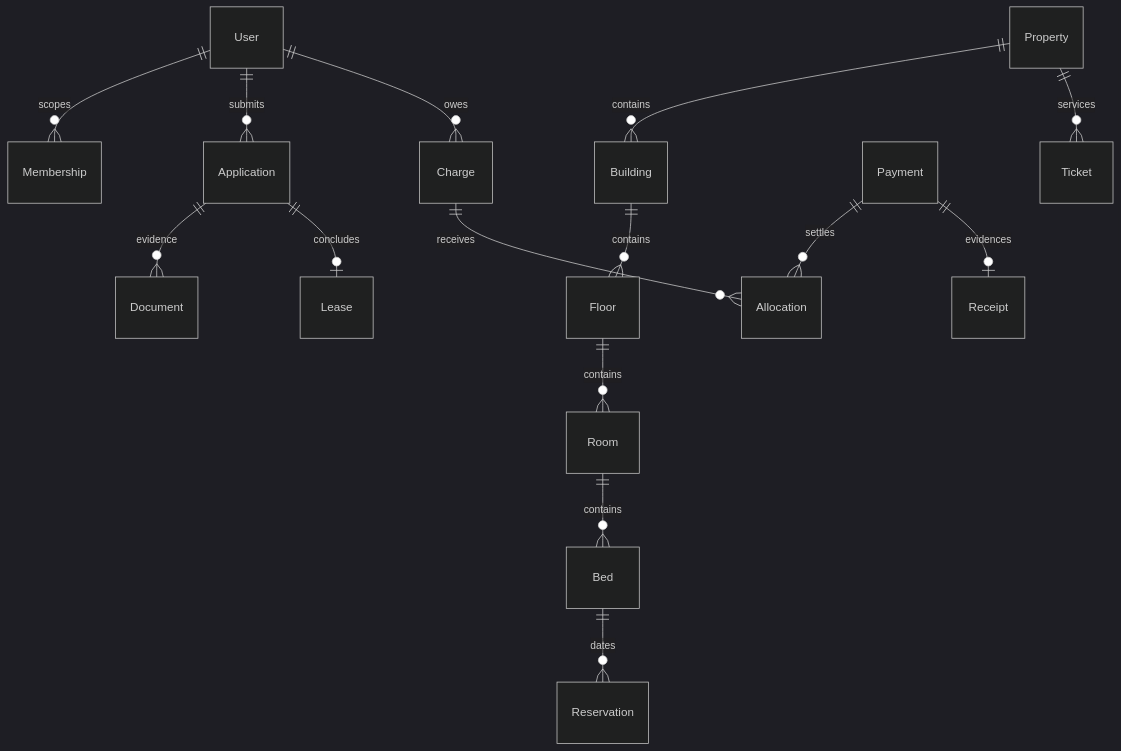
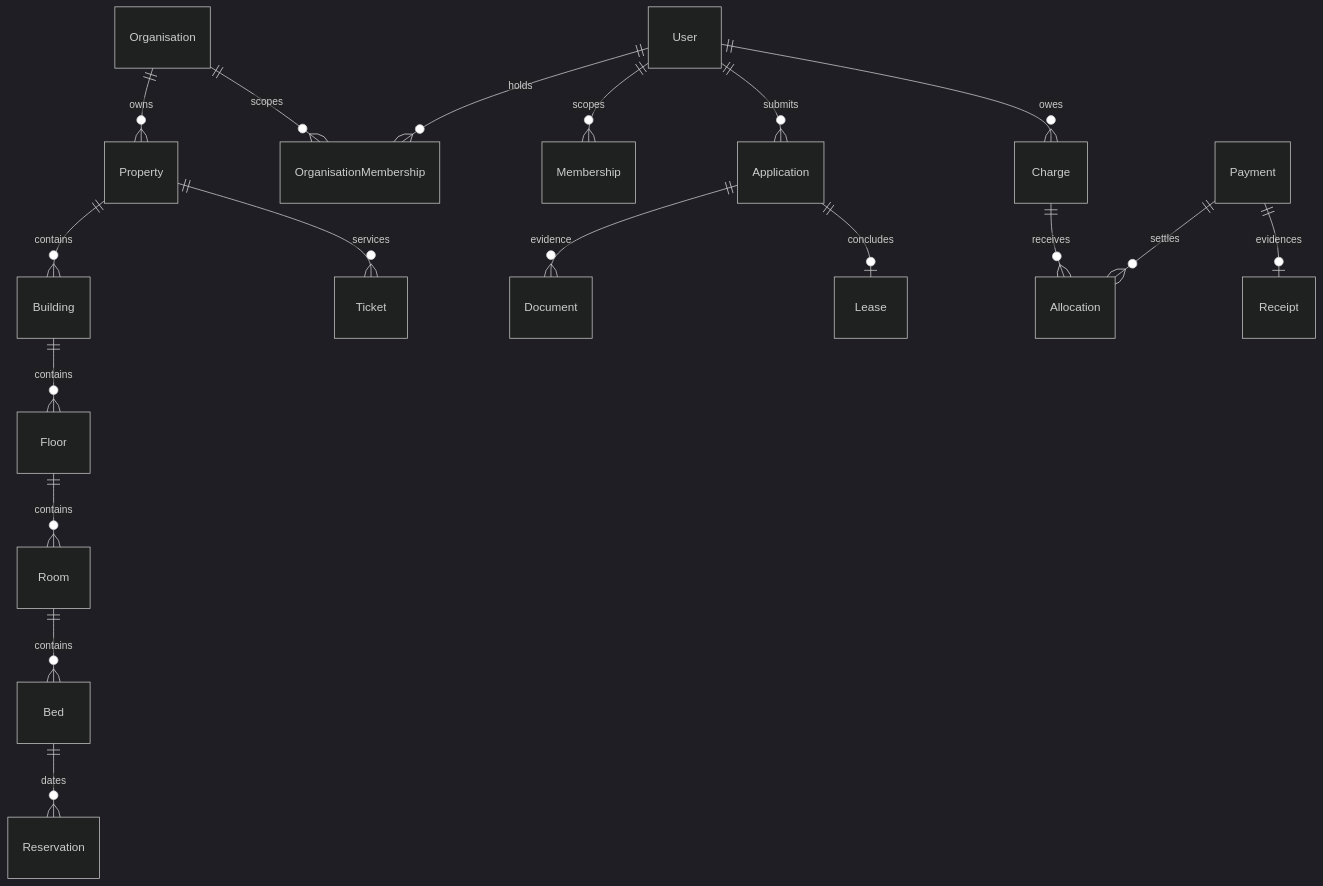
One commit to seanshairah/legacy-housing changed the diagram in docs/architecture/DATA_MODEL.md. Above: the diagram before and after it, drawn with Mermaid (dark theme). The commit also changed other lines of this file and 21 other files, not shown here.

````diff
--- a/docs/architecture/DATA_MODEL.md
+++ b/docs/architecture/DATA_MODEL.md
@@ -3,17 +3,20 @@
 ```mermaid
 erDiagram
+ Organisation ||--o{ Property : owns
+ Organisation ||--o{ OrganisationMembership : scopes
+ User ||--o{ OrganisationMembership : holds
  User ||--o{ Membership : scopes
  Property ||--o{ Building : contains
  Building ||--o{ Floor : contains
  Floor ||--o{ Room : contains
  Room ||--o{ Bed : contains
  Bed ||--o{ Reservation : dates
  User ||--o{ Application : submits
  Application ||--o{ Document : evidence
  Application ||--o| Lease : concludes
  User ||--o{ Charge : owes
  Payment ||--o{ Allocation : settles
  Charge ||--o{ Allocation : receives
  Payment ||--o| Receipt : evidences
  Property ||--o{ Ticket : services
 ```
````
